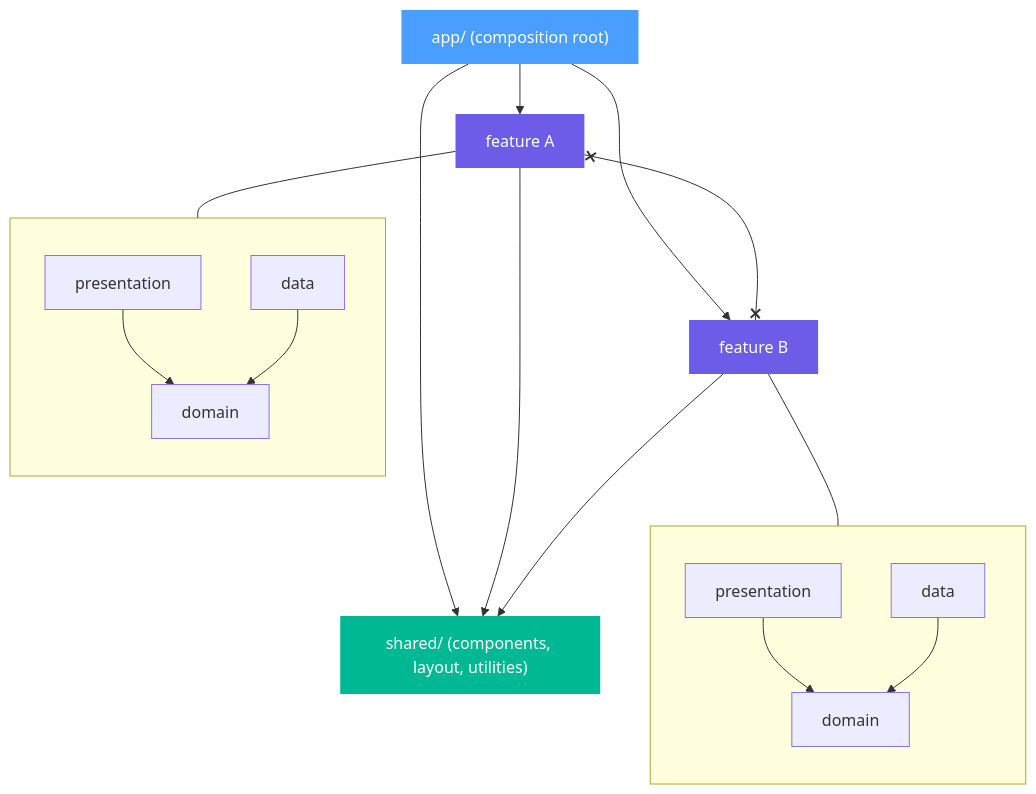
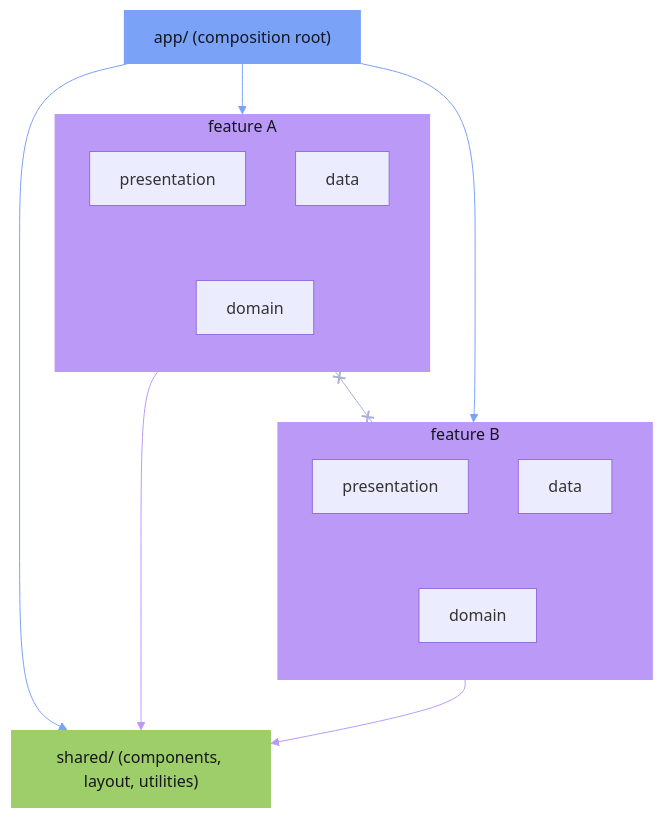
The diagram in src/features/docs/data/content/architecture/clean-architecture.md (ochairo/beat-site), drawn with Mermaid before and after one commit. The commit also changed other lines of this file and 54 other files, not shown here.

Commit message:
refactor: architecture to match feature focused clean architecture

````diff
--- a/src/features/docs/data/content/architecture/clean-architecture.md
+++ b/src/features/docs/data/content/architecture/clean-architecture.md
@@ -96,34 +178,35 @@
 ```mermaid
-graph TD
+flowchart TD
   APP["app/ (composition root)"]
-  FA["feature A"]
-  FB["feature B"]
   SHARED["shared/ (components, layout, utilities)"]
+
+  subgraph FA ["feature A"]
+    direction TB
+    FA_PRES["presentation"] --> FA_DOMAIN["domain"]
+    FA_DATA["data"] --> FA_DOMAIN
+  end
+
+  subgraph FB ["feature B"]
+    direction TB
+    FB_PRES["presentation"] --> FB_DOMAIN["domain"]
+    FB_DATA["data"] --> FB_DOMAIN
+  end
 
   APP --> FA
   APP --> FB
   APP --> SHARED
   FA --> SHARED
   FB --> SHARED
   FA x--x FB
 
-  subgraph FA_INNER [" "]
-    direction TB
-    FA_PRES["presentation"] --> FA_DOMAIN["domain"]
-    FA_DATA["data"] --> FA_DOMAIN
-  end
+  style APP fill:#7aa2f7,color:#15161e,stroke:none
+  style FA fill:#bb9af7,color:#15161e,stroke:none
+  style FB fill:#bb9af7,color:#15161e,stroke:none
+  style SHARED fill:#9ece6a,color:#15161e,stroke:none
 
-  subgraph FB_INNER [" "]
-    direction TB
-    FB_PRES["presentation"] --> FB_DOMAIN["domain"]
-    FB_DATA["data"] --> FB_DOMAIN
-  end
-
-  FA --- FA_INNER
-  FB --- FB_INNER
-
-  style APP fill:#4a9eff,color:#fff,stroke:none
-  style FA fill:#6c5ce7,color:#fff,stroke:none
-  style FB fill:#6c5ce7,color:#fff,stroke:none
-  style SHARED fill:#00b894,color:#fff,stroke:none
+  linkStyle 0,1 stroke:#bb9af7
+  linkStyle 2,3 stroke:#bb9af7
+  linkStyle 4,5,6 stroke:#7aa2f7
+  linkStyle 7,8 stroke:#bb9af7
+  linkStyle 9 stroke:#a9b1d6
 ```
````
